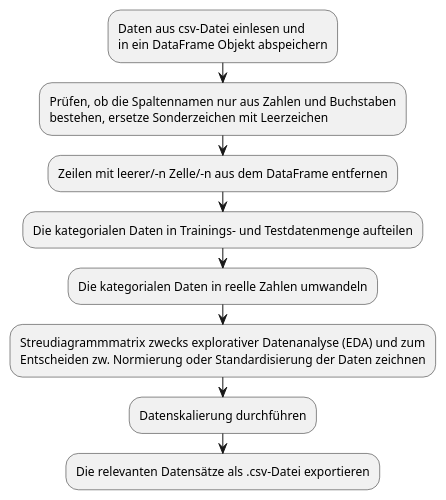
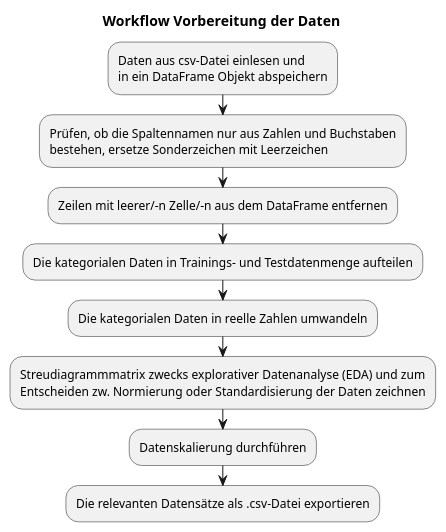
The diagram in Vorbereitung_der_Daten/workflow/workflow.puml (affandimansor/projektarbeit_machine_learning), drawn with PlantUML before and after one commit. The commit also changed 1 other file, not shown here.

```diff
--- a/Vorbereitung_der_Daten/workflow/workflow.puml
+++ b/Vorbereitung_der_Daten/workflow/workflow.puml
@@ -1,13 +1,15 @@
 @startuml
+Title Workflow Vorbereitung der Daten
+
 :Daten aus csv-Datei einlesen und
 in ein DataFrame Objekt abspeichern;
 :Prüfen, ob die Spaltennamen nur aus Zahlen und Buchstaben
 bestehen, ersetze Sonderzeichen mit Leerzeichen;
 :Zeilen mit leerer/-n Zelle/-n aus dem DataFrame entfernen;
 :Die kategorialen Daten in Trainings- und Testdatenmenge aufteilen;
 :Die kategorialen Daten in reelle Zahlen umwandeln;
 :Streudiagrammmatrix zwecks explorativer Datenanalyse (EDA) und zum 
 Entscheiden zw. Normierung oder Standardisierung der Daten zeichnen;
 :Datenskalierung durchführen;
 :Die relevanten Datensätze als .csv-Datei exportieren;
 @enduml
```
